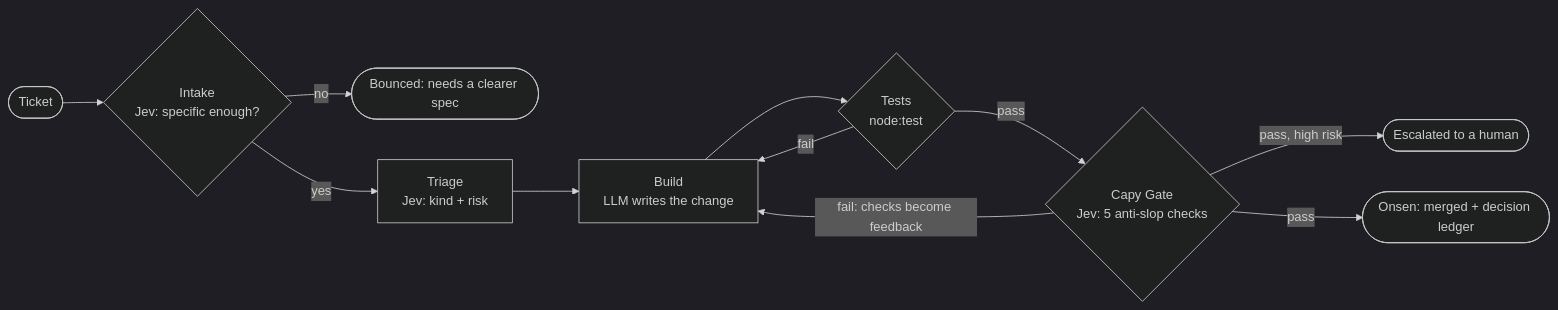
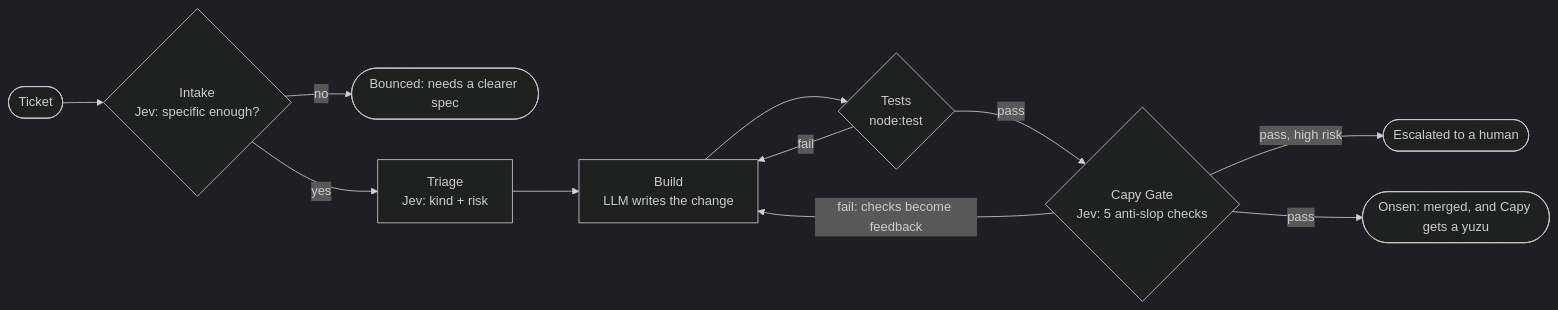
Before and after one commit to chinesepowered/hack-mlhaie: the second of 2 diagrams in README.md, drawn with Mermaid (dark theme). The commit also changed other lines of this file and 10 other files, not shown here.

````diff
--- a/README.md
+++ b/README.md
@@ -22,13 +53,13 @@
 ```mermaid
 flowchart LR
   T([Ticket]) --> I{"Intake<br/>Jev: specific enough?"}
   I -- no --> B([Bounced: needs a clearer spec])
   I -- yes --> R["Triage<br/>Jev: kind + risk"]
   R --> W["Build<br/>LLM writes the change"]
   W --> X{"Tests<br/>node:test"}
   X -- fail --> W
   X -- pass --> G{"Capy Gate<br/>Jev: 5 anti-slop checks"}
   G -- "fail: checks become feedback" --> W
   G -- "pass, high risk" --> H([Escalated to a human])
-  G -- pass --> O([Onsen: merged + decision ledger])
+  G -- pass --> O([Onsen: merged, and Capy gets a yuzu])
 ```
````
